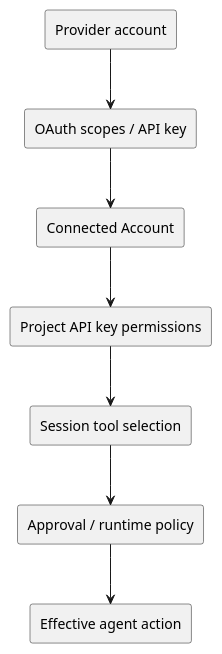
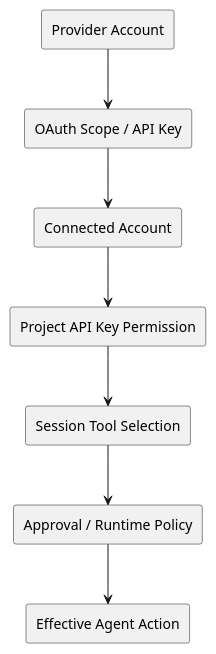
Before and after one commit to yan5xu/oh-my-ai-company: the diagram in bodies/company.composio.md, drawn with PlantUML. The commit also changed other lines of this file and 42 other files, not shown here.

````diff
--- a/bodies/company.composio.md
+++ b/bodies/company.composio.md
@@ -123,18 +106,18 @@
 ```plantuml
 @startuml
-rectangle "Provider account" as Provider
-rectangle "OAuth scopes / API key" as Scope
+rectangle "Provider Account" as Provider
+rectangle "OAuth Scope / API Key" as Scope
 rectangle "Connected Account" as CA
-rectangle "Project API key permissions" as Key
-rectangle "Session tool selection" as Session
-rectangle "Approval / runtime policy" as Approval
-rectangle "Effective agent action" as Action
+rectangle "Project API Key Permission" as Key
+rectangle "Session Tool Selection" as Session
+rectangle "Approval / Runtime Policy" as Approval
+rectangle "Effective Agent Action" as Action
 
 Provider --> Scope
 Scope --> CA
 CA --> Key
 Key --> Session
 Session --> Approval
 Approval --> Action
 @enduml
 ```
````
